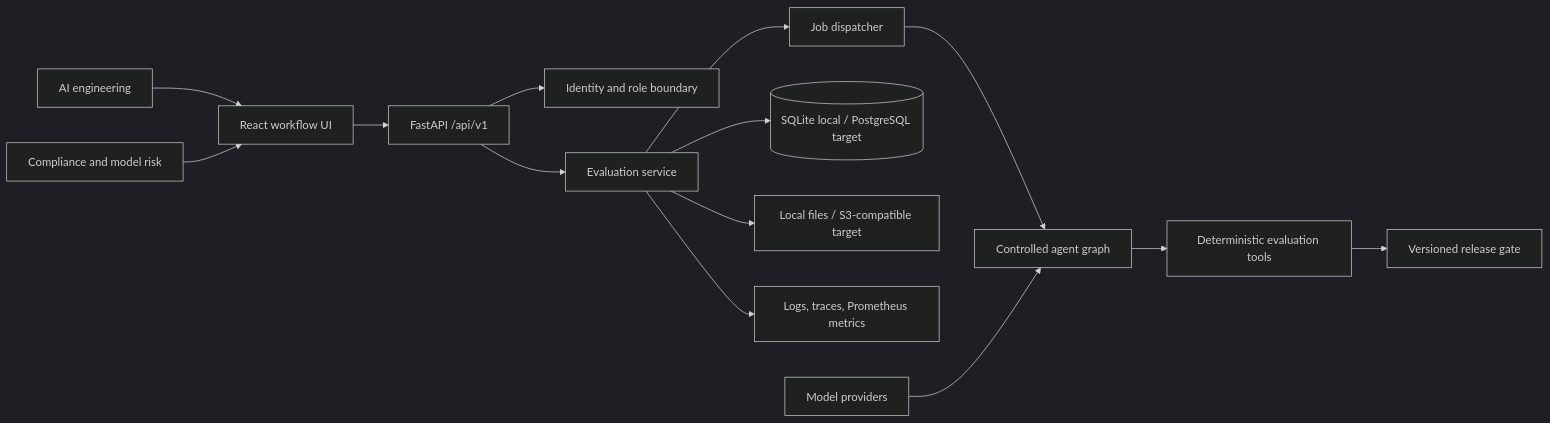
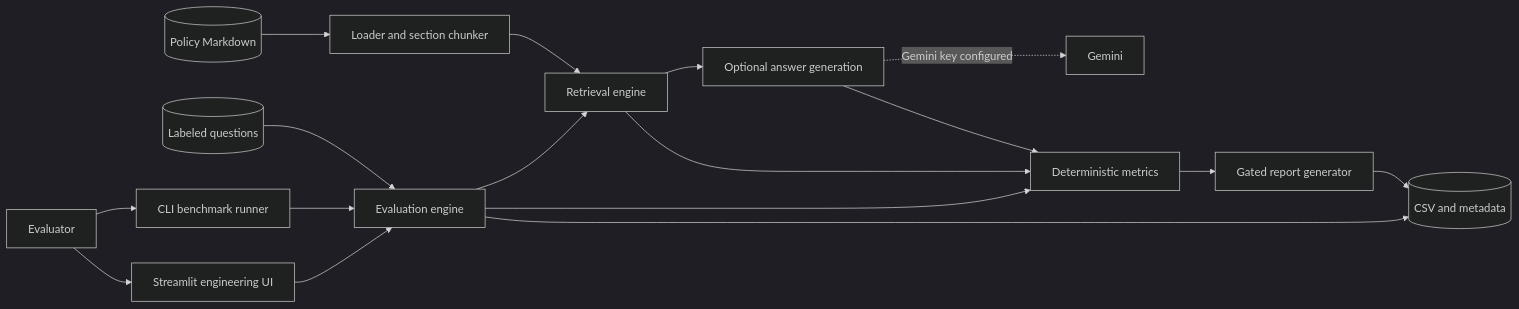
Before and after one commit to mehaksharma1996/fingeneval: the diagram in docs/architecture.md, drawn with Mermaid (dark theme). The commit also changed other lines of this file and 28 other files, not shown here.

````diff
--- a/docs/architecture.md
+++ b/docs/architecture.md
@@ -7,16 +11,19 @@
 ```mermaid
 flowchart LR
-  E[AI engineering] --> UI[React workflow UI]
-  R[Compliance and model risk] --> UI
-  UI --> API[FastAPI /api/v1]
-  API --> AUTH[Identity and role boundary]
-  API --> SVC[Evaluation service]
-  SVC --> JOB[Job dispatcher]
-  JOB --> GRAPH[Controlled agent graph]
-  GRAPH --> TOOLS[Deterministic evaluation tools]
-  TOOLS --> GATE[Versioned release gate]
-  SVC --> DB[(SQLite local / PostgreSQL target)]
-  SVC --> OBJ[Local files / S3-compatible target]
-  SVC --> OBS[Logs, traces, Prometheus metrics]
-  MP[Model providers] --> GRAPH
+  U[Evaluator] --> UI[Streamlit engineering UI]
+  U --> CLI[CLI benchmark runner]
+  UI --> EVAL[Evaluation engine]
+  CLI --> EVAL
+  DATA[(Labeled questions)] --> EVAL
+  EVAL --> RET[Retrieval engine]
+  DOCS[(Policy Markdown)] --> LOAD[Loader and section chunker]
+  LOAD --> RET
+  RET --> GEN[Optional answer generation]
+  GEN -. Gemini key configured .-> GEMINI[Gemini]
+  EVAL --> METRICS[Deterministic metrics]
+  RET --> METRICS
+  GEN --> METRICS
+  METRICS --> REPORT[Gated report generator]
+  EVAL --> OUT[(CSV and metadata)]
+  REPORT --> OUT
 ```
````
